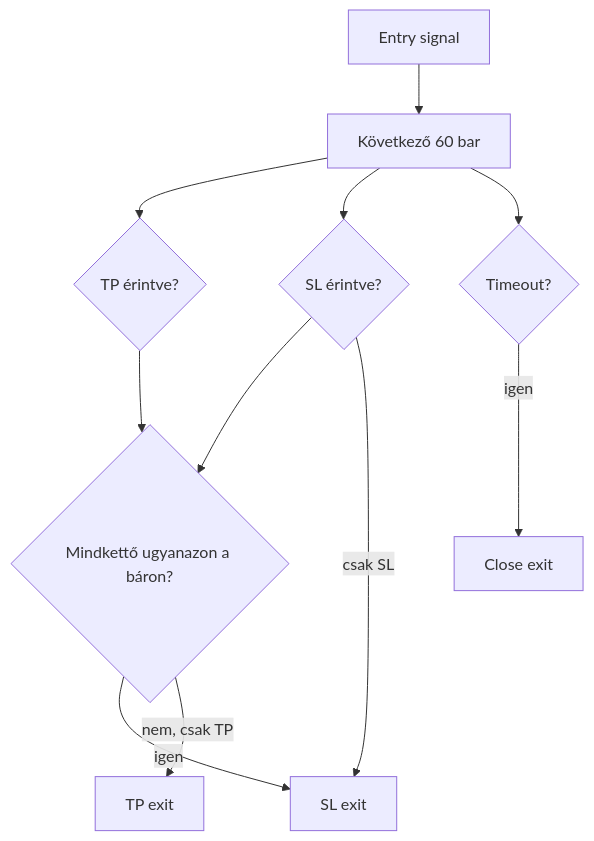
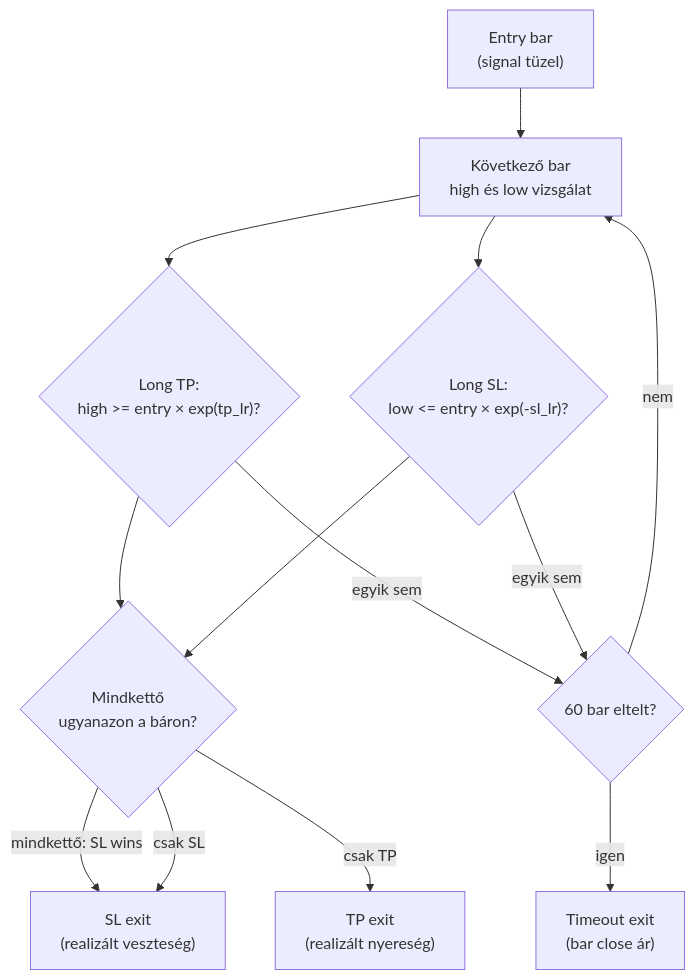
The fifth of 6 diagrams in _doc_/methodology_doc/6300_strategy_grid_search.md (Nemesis14/chronoquant), drawn with Mermaid before and after one commit. The commit also changed other lines of this file and 837 other files, not shown here.

````diff
--- a/_doc_/methodology_doc/6300_strategy_grid_search.md
+++ b/_doc_/methodology_doc/6300_strategy_grid_search.md
@@ -58,22 +113,22 @@
 ```mermaid
 flowchart TD
-  ENTRY[Entry signal]
-  WINDOW[Következő 60 bar]
-  TP{TP érintve?}
-  SL{SL érintve?}
-  BOTH{Mindkettő ugyanazon a báron?}
-  TO{Timeout?}
-  RTP[TP exit]
-  RSL[SL exit]
-  RTO[Close exit]
+    ENTRY["Entry bar\n(signal tüzel)"]
+    NEXT["Következő bar\nhigh és low vizsgálat"]
+    TP_L{"Long TP:\nhigh >= entry × exp(tp_lr)?"}
+    SL_L{"Long SL:\nlow <= entry × exp(-sl_lr)?"}
+    BOTH{"Mindkettő\nugyanazon a báron?"}
+    TP_EXIT["TP exit\n(realizált nyereség)"]
+    SL_EXIT["SL exit\n(realizált veszteség)"]
+    TO{"60 bar eltelt?"}
+    CLOSE_EXIT["Timeout exit\n(bar close ár)"]
 
-  ENTRY --> WINDOW --> TP
-  WINDOW --> SL
-  TP --> BOTH
-  SL --> BOTH
-  BOTH -- igen --> RSL
-  BOTH -- nem, csak TP --> RTP
-  SL -- csak SL --> RSL
-  WINDOW --> TO
-  TO -- igen --> RTO
+    ENTRY --> NEXT
+    NEXT --> TP_L & SL_L
+    TP_L & SL_L --> BOTH
+    BOTH -- "mindkettő: SL wins" --> SL_EXIT
+    BOTH -- "csak TP" --> TP_EXIT
+    BOTH -- "csak SL" --> SL_EXIT
+    TP_L & SL_L -- "egyik sem" --> TO
+    TO -- "igen" --> CLOSE_EXIT
+    TO -- "nem" --> NEXT
 ```
````
